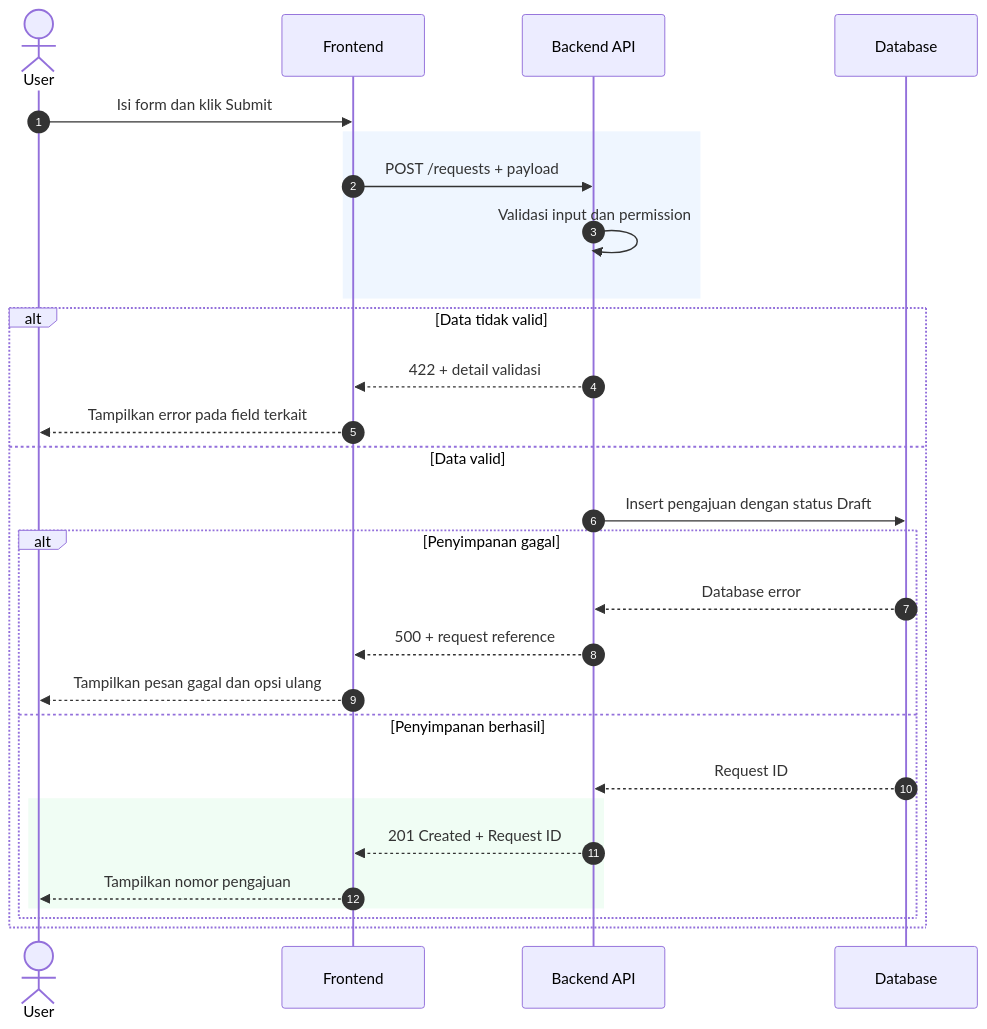
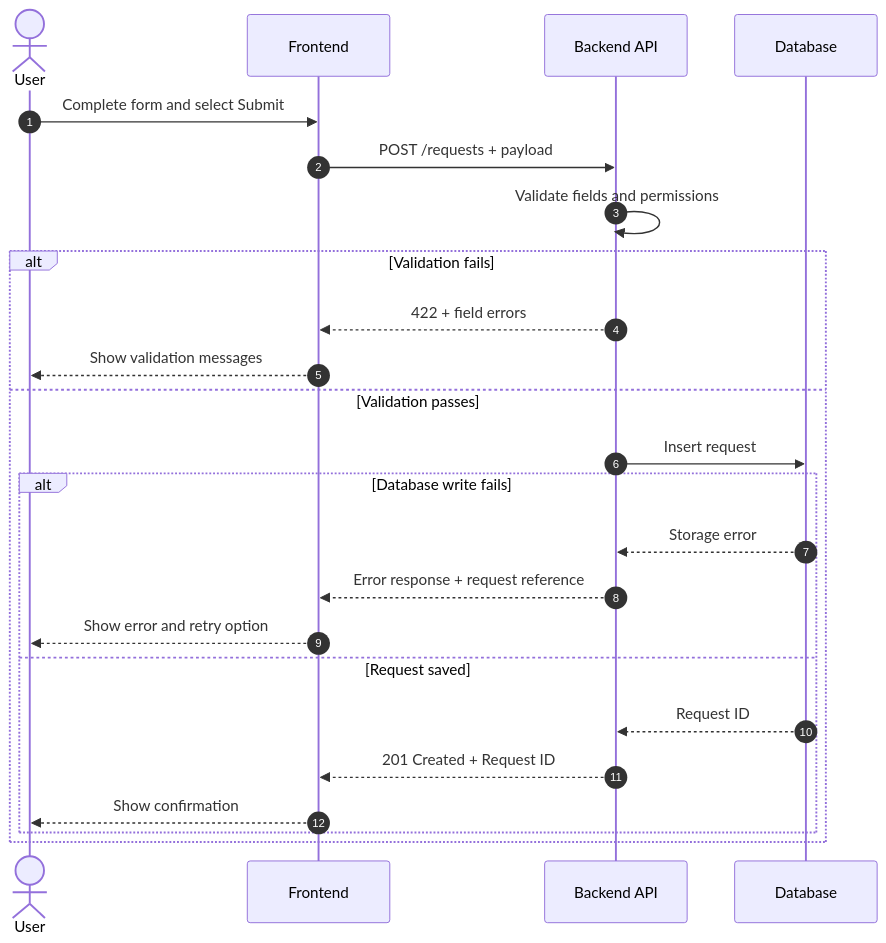
The second of 4 diagrams in SKILL.md (Ducklazy231/system-analysis-skill), drawn with Mermaid before and after one commit. The commit also changed other lines of this file, not shown here.

````diff
--- a/SKILL.md
+++ b/SKILL.md
@@ -434,31 +209,28 @@
 ```mermaid
 sequenceDiagram
     autonumber
-    actor U as User
+    actor User
     participant FE as Frontend
     participant API as Backend API
     participant DB as Database
 
-    U->>FE: Isi form dan klik Submit
-    rect rgb(239, 246, 255)
-        FE->>API: POST /requests + payload
-        API->>API: Validasi input dan permission
-    end
-    alt Data tidak valid
-        API-->>FE: 422 + detail validasi
-        FE-->>U: Tampilkan error pada field terkait
-    else Data valid
-        API->>DB: Insert pengajuan dengan status Draft
-        alt Penyimpanan gagal
-            DB-->>API: Database error
-            API-->>FE: 500 + request reference
-            FE-->>U: Tampilkan pesan gagal dan opsi ulang
-        else Penyimpanan berhasil
+    User->>FE: Complete form and select Submit
+    FE->>API: POST /requests + payload
+    API->>API: Validate fields and permissions
+
+    alt Validation fails
+        API-->>FE: 422 + field errors
+        FE-->>User: Show validation messages
+    else Validation passes
+        API->>DB: Insert request
+        alt Database write fails
+            DB-->>API: Storage error
+            API-->>FE: Error response + request reference
+            FE-->>User: Show error and retry option
+        else Request saved
             DB-->>API: Request ID
-            rect rgb(240, 253, 244)
-                API-->>FE: 201 Created + Request ID
-                FE-->>U: Tampilkan nomor pengajuan
-            end
+            API-->>FE: 201 Created + Request ID
+            FE-->>User: Show confirmation
         end
     end
 ```
````
